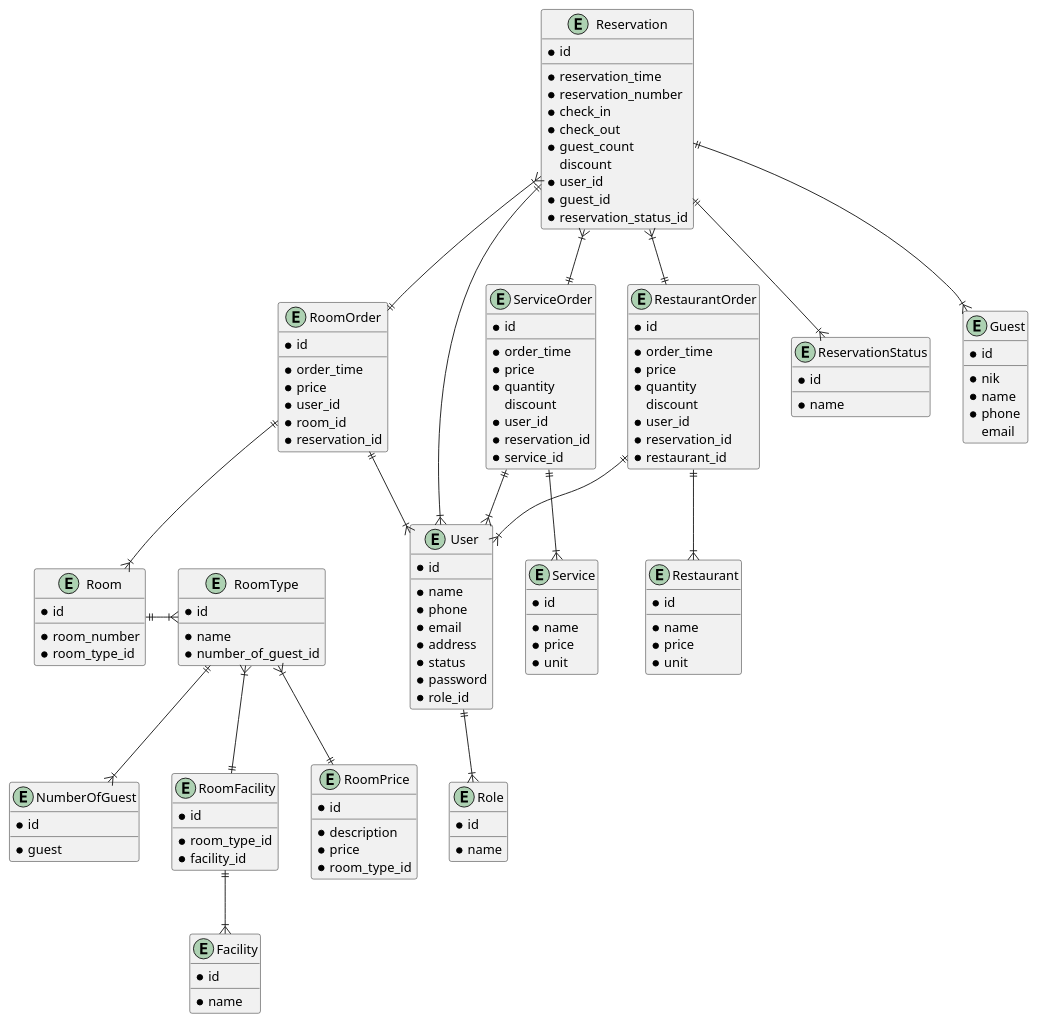
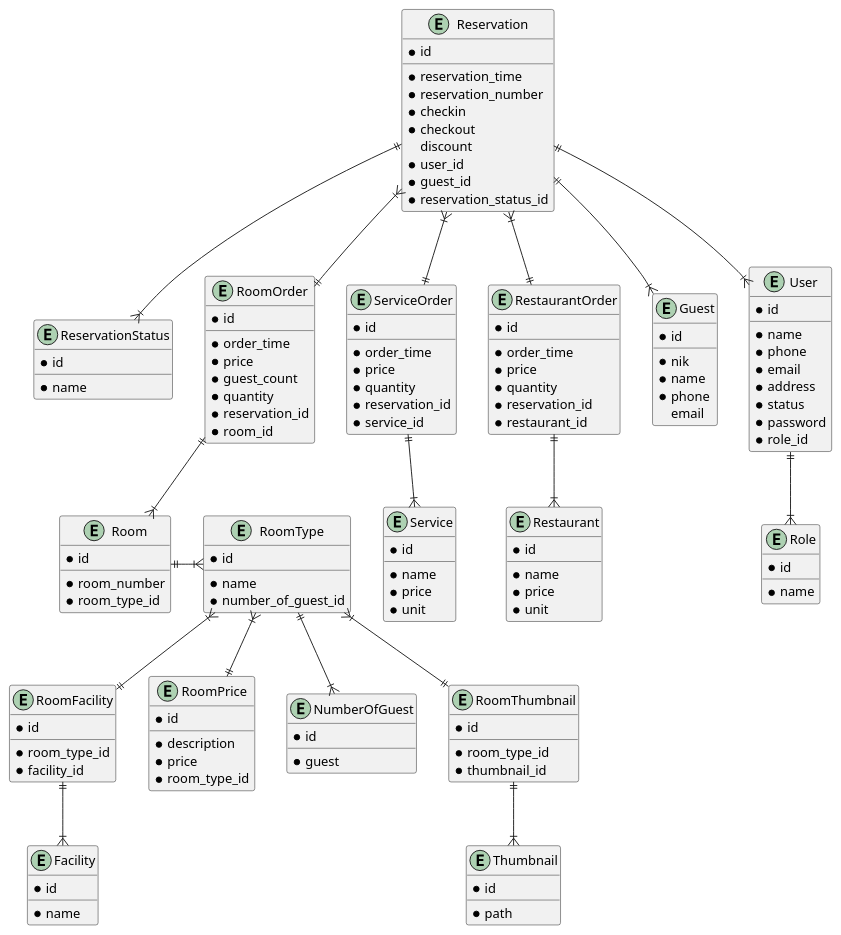
One commit to MuhammadIqbalAfandi/semuwainn changed the diagram in designs/diagrams/database.puml. Above: the diagram before and after it, drawn with PlantUML. The commit also changed 24 other files, not shown here.

```diff
--- a/designs/diagrams/database.puml
+++ b/designs/diagrams/database.puml
@@ -1,159 +1,167 @@
 @startuml Semuwainn
   entity Reservation {
     * id
     __
     * reservation_time
     * reservation_number
-    * check_in
-    * check_out
-    * guest_count
+    * checkin
+    * checkout
     discount
     * user_id
     * guest_id
     * reservation_status_id
   }
 
   entity ReservationStatus {
     * id
     __
     * name
   }
 
   entity RoomOrder {
     * id
     __
     * order_time
     * price
-    * user_id
+    * guest_count
+    * quantity
+    * reservation_id
     * room_id
-    * reservation_id
   }
 
   entity ServiceOrder {
     * id
     __
     * order_time
     * price
     * quantity
-    discount
-    * user_id
     * reservation_id
     * service_id
   }
 
   entity Service {
+    * id
+    __
+    * name
+    * price
+    * unit
+  }
+
+    entity RestaurantOrder {
+    * id
+    __
+    * order_time
+    * price
+    * quantity
+    * reservation_id
+    * restaurant_id
+  }
+
+  entity Restaurant {
     * id
     __
     * name
     * price
     * unit
   }
 
   entity Guest {
     * id
     __
     * nik
     * name
     * phone
     email
   }
 
   entity User {
     * id
     __
     * name
     * phone
     * email
     * address
     * status
     * password
     * role_id
   }
 
   entity Role {
     * id
     __
     * name
-  }
-
-  entity RestaurantOrder {
-    * id
-    __
-    * order_time
-    * price
-    * quantity
-    discount
-    * user_id
-    * reservation_id
-    * restaurant_id
-  }
-
-  entity Restaurant {
-    * id
-    __
-    * name
-    * price
-    * unit
   }
 
   entity RoomFacility {
     * id
     __
     * room_type_id
     * facility_id
   }
 
   entity Room {
     * id
     __
     * room_number
     * room_type_id
   }
 
   entity RoomType {
     * id
     __
     * name
     * number_of_guest_id
   }
 
   entity RoomPrice {
     * id
     __
     * description
     * price
     * room_type_id
   }
 
   entity Facility {
     * id
     __
     * name
   }
 
   entity NumberOfGuest {
     * id
     __
     * guest
   }
 
+  entity RoomThumbnail {
+    * id
+    __
+    * room_type_id
+    * thumbnail_id
+  }
+
+  entity Thumbnail {
+    * id
+    __
+    * path
+  }
+
   Reservation ||--|{ ReservationStatus
   Reservation }|--|| RestaurantOrder
   Reservation }|--|| ServiceOrder
   Reservation ||--|{ User
   Reservation ||--|{ Guest
   Reservation }|--|| RoomOrder
-  RoomOrder ||--|{ User
   RoomOrder ||--|{ Room
   Room ||-|{ RoomType
   RoomType }|--|| RoomPrice
   RoomType }|--|| RoomFacility
   RoomType ||--|{ NumberOfGuest
+  RoomType }|--|| RoomThumbnail
   RoomFacility ||--|{ Facility
+  RoomThumbnail ||--|{ Thumbnail
   ServiceOrder ||--|{ Service
   RestaurantOrder ||--|{ Restaurant
   User ||--|{ Role
-  ServiceOrder ||--|{ User
-  RestaurantOrder ||--|{ User
 
 @enduml
```
